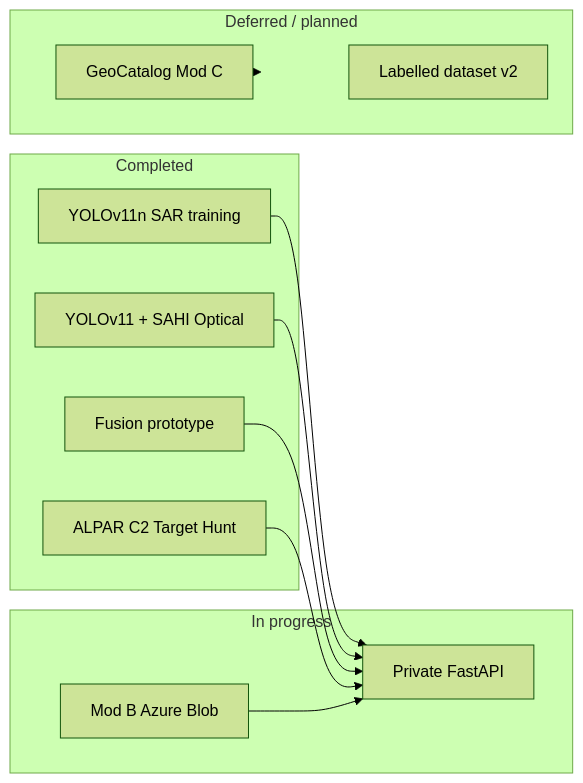
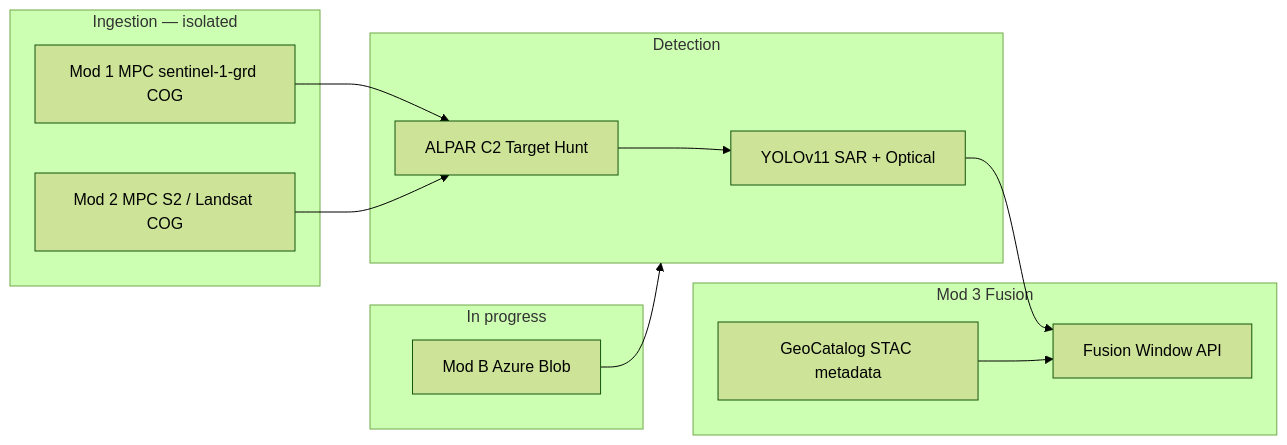
One commit to Abisat5/Sar-geoprocessing-platform-public changed the diagram in README.md. Above: the diagram before and after it, drawn with Mermaid (forest theme). The commit also changed other lines of this file and 6 other files, not shown here.

First line of the commit message:
docs: June 2026 ALPAR engineering report — MPC COG, Esri C2, live validation

````diff
--- a/README.md
+++ b/README.md
@@ -417,23 +567,24 @@
 ```mermaid
 flowchart LR
-  subgraph done [Completed]
-    YOLO[YOLOv11n SAR training]
-    SAHI[YOLOv11 + SAHI Optical]
-    FUS[Fusion prototype]
+  subgraph ingest [Ingestion — isolated]
+    MPC_SAR[Mod 1 MPC sentinel-1-grd COG]
+    MPC_OPT[Mod 2 MPC S2 / Landsat COG]
+  end
+  subgraph detect [Detection]
+    YOLO[YOLOv11 SAR + Optical]
     C2[ALPAR C2 Target Hunt]
+  end
+  subgraph mod3 [Mod 3 Fusion]
+    GC[GeoCatalog STAC metadata]
+    FW[Fusion Window API]
   end
   subgraph now [In progress]
     B[Mod B Azure Blob]
-    API[Private FastAPI]
   end
-  subgraph later [Deferred / planned]
-    C[GeoCatalog Mod C]
-    ML[Labelled dataset v2]
-  end
-  YOLO --> API
-  SAHI --> API
-  C2 --> API
-  B --> API
-  FUS --> API
-  C -.-> later
+  MPC_SAR --> C2
+  MPC_OPT --> C2
+  C2 --> YOLO
+  YOLO --> FW
+  GC --> FW
+  B --> detect
 ```
````
